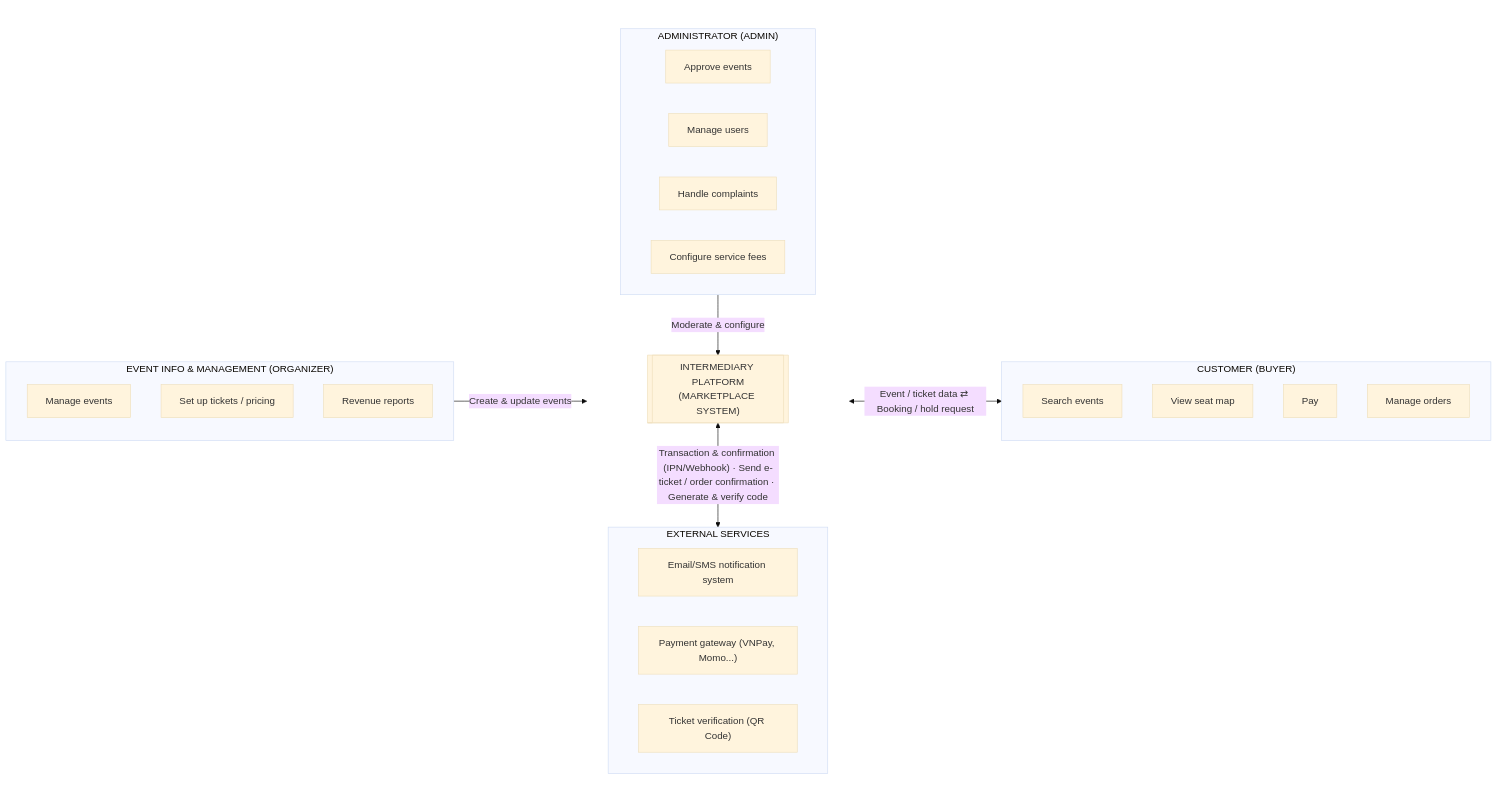
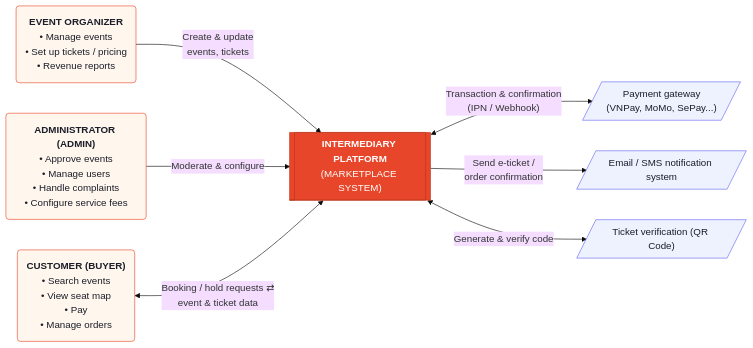
One commit to tranducthai/booking-ticket-system changed the first of 4 diagrams in docs/spec/01-business-analysis.md. Above: the diagram before and after it, drawn with Mermaid (base theme). The commit also changed 1 other file, not shown here.

Commit message:
docs(spec): redraw the system overview diagram in 01-business-analysis
Replaces the nested subgraph layout (invisible CENTER wrapper, edges attached to
enclosing boxes) with one box per actor listing its functions, the marketplace in the
middle and the external services on the right. Updated in both docs/spec and docs/spec-vi.

````diff
--- a/docs/spec/01-business-analysis.md
+++ b/docs/spec/01-business-analysis.md
@@ -13,45 +13,27 @@
 ```mermaid
 flowchart LR
-    subgraph ORGANIZER["EVENT INFO & MANAGEMENT (ORGANIZER)"]
-        direction TB
-        A1["Manage events"]
-        A2["Set up tickets / pricing"]
-        A4["Revenue reports"]
-    end
+    ORG("<b>EVENT ORGANIZER</b><br/>• Manage events<br/>• Set up tickets / pricing<br/>• Revenue reports")
+    ADM("<b>ADMINISTRATOR (ADMIN)</b><br/>• Approve events<br/>• Manage users<br/>• Handle complaints<br/>• Configure service fees")
+    BUY("<b>CUSTOMER (BUYER)</b><br/>• Search events<br/>• View seat map<br/>• Pay<br/>• Manage orders")
 
-    subgraph CENTER[" "]
-        direction TB
-        subgraph ADMIN["ADMINISTRATOR (ADMIN)"]
-            direction LR
-            B1["Approve events"]
-            B2["Manage users"]
-            B3["Handle complaints"]
-            B4["Configure service fees"]
-        end
+    SYSTEM[["<b>INTERMEDIARY PLATFORM</b><br/>(MARKETPLACE SYSTEM)"]]
 
-        SYSTEM[["INTERMEDIARY PLATFORM<br/>(MARKETPLACE SYSTEM)"]]
+    PAY[/"Payment gateway<br/>(VNPay, MoMo, SePay...)"/]
+    MAIL[/"Email / SMS notification system"/]
+    QR[/"Ticket verification (QR Code)"/]
 
-        subgraph EXTERNAL["EXTERNAL SERVICES"]
-            direction LR
-            E1["Email/SMS notification system"]
-            E2["Payment gateway (VNPay, Momo...)"]
-            E3["Ticket verification (QR Code)"]
-        end
+    ORG -->|"Create & update<br/>events, tickets"| SYSTEM
+    ADM -->|"Moderate & configure"| SYSTEM
+    BUY <-->|"Booking / hold requests ⇄<br/>event & ticket data"| SYSTEM
 
-        ADMIN -->|"Moderate & configure"| SYSTEM
-        SYSTEM <-->|"Transaction & confirmation (IPN/Webhook) · Send e-ticket / order confirmation · Generate & verify code"| EXTERNAL
-    end
+    SYSTEM <-->|"Transaction & confirmation<br/>(IPN / Webhook)"| PAY
+    SYSTEM -->|"Send e-ticket /<br/>order confirmation"| MAIL
+    SYSTEM <-->|"Generate & verify code"| QR
 
-    subgraph BUYER["CUSTOMER (BUYER)"]
-        direction TB
-        C1["Search events"]
-        C2["View seat map"]
-        C3["Pay"]
-        C4["Manage orders"]
-    end
-
-    ORGANIZER -->|"Create & update events"| CENTER
-    CENTER <-->|"Event / ticket data ⇄ Booking / hold request"| BUYER
-
-    style CENTER fill:none,stroke:none
+    classDef actor fill:#fff7ed,stroke:#e8462a,color:#1b1d2a
+    classDef ext fill:#eef2ff,stroke:#6366f1,color:#1b1d2a
+    classDef core fill:#e8462a,stroke:#b8341c,color:#ffffff
+    class ORG,ADM,BUY actor
+    class PAY,MAIL,QR ext
+    class SYSTEM core
 ```
````
